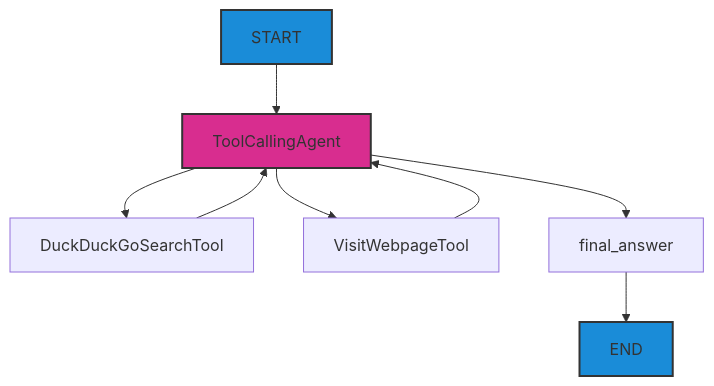
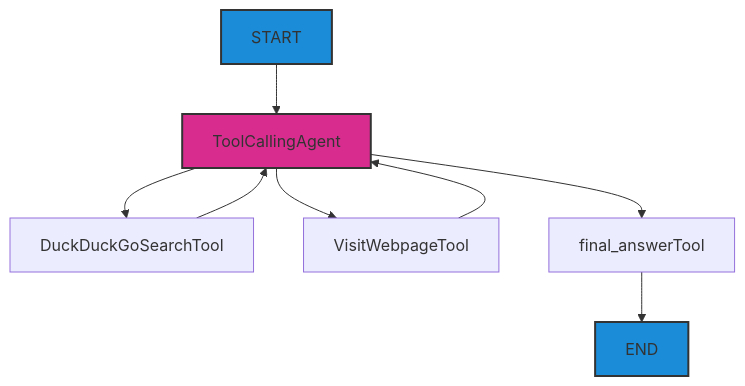
Before and after one commit to all-mute/learn-agents: the diagram in cognitive-book/i18n/ru/docusaurus-plugin-content-docs/current/basics/1st-project.mdx, drawn with Mermaid.

Commit message:
Исправлено название инструмента в диаграмме проекта на 'final_answerTool'.

````diff
--- a/cognitive-book/i18n/ru/docusaurus-plugin-content-docs/current/basics/1st-project.mdx
+++ b/cognitive-book/i18n/ru/docusaurus-plugin-content-docs/current/basics/1st-project.mdx
@@ -122,14 +122,14 @@
 ```mermaid
 graph TD
     Start[START] --> Agent
     Agent[ToolCallingAgent] --> Tool1
     Agent --> Tool2
     Agent --> Tool3
     Tool1[DuckDuckGoSearchTool] --> Agent
     Tool2[VisitWebpageTool] --> Agent
-    Tool3[final_answer] --> Result[END]
+    Tool3[final_answerTool] --> Result[END]
     
     style Agent fill:#d82d8f,stroke:#333,stroke-width:2px
     style Start fill:#1a8cd8,stroke:#333,stroke-width:2px
     style Result fill:#1a8cd8,stroke:#333,stroke-width:2px
 ```
````
